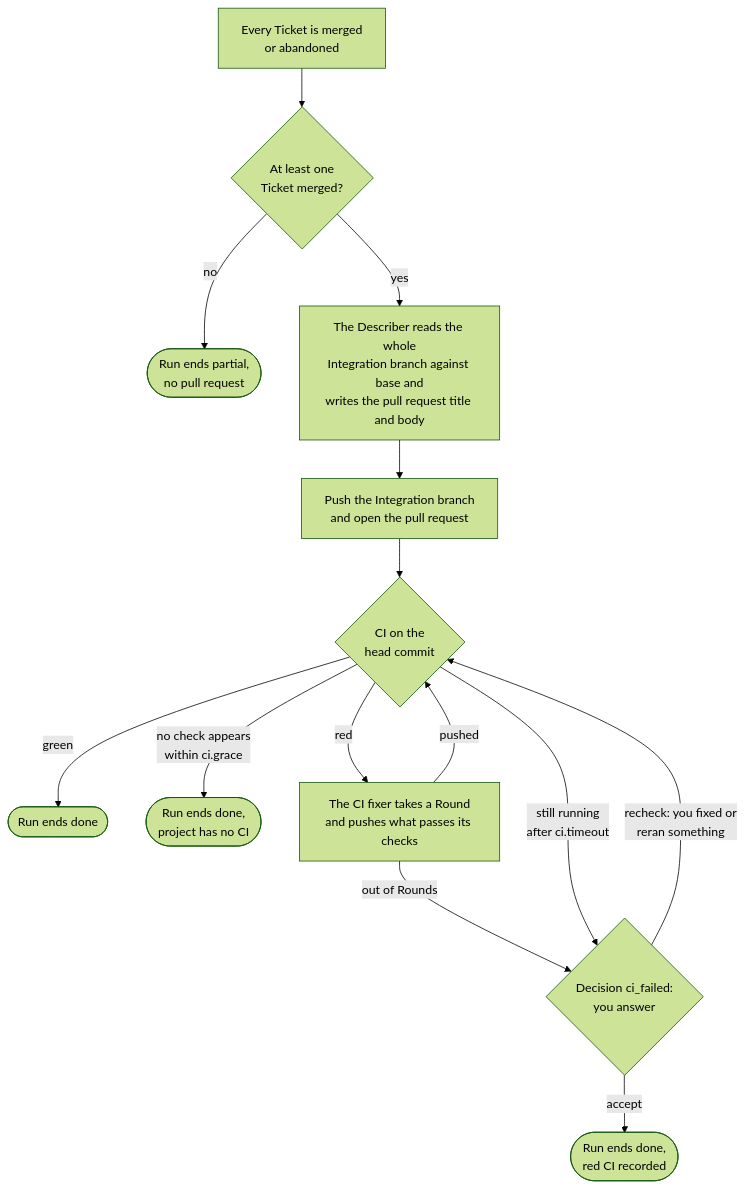
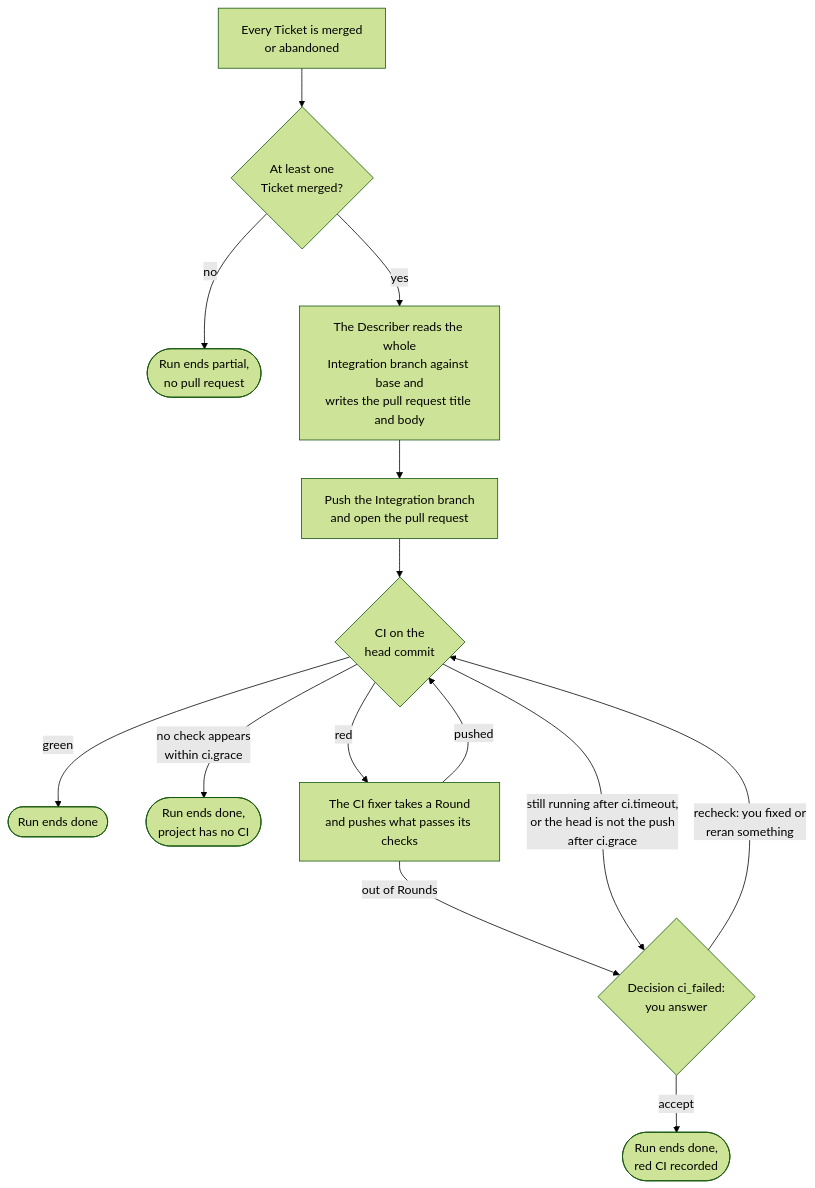
The eighth of 9 diagrams in docs/guide/03-how-a-run-works.md (Zepp333333/factory), drawn with Mermaid (forest theme) before and after one commit. The commit also changed 22 other files, not shown here.

````diff
--- a/docs/guide/03-how-a-run-works.md
+++ b/docs/guide/03-how-a-run-works.md
@@ -240,16 +240,16 @@
 ```mermaid
 flowchart TB
     allDone["Every Ticket is merged<br/>or abandoned"] --> any{"At least one<br/>Ticket merged?"}
     any -- "no" --> partialEmpty(["Run ends partial,<br/>no pull request"])
     any -- "yes" --> describer["The Describer reads the whole<br/>Integration branch against base and<br/>writes the pull request title and body"]
     describer --> open["Push the Integration branch<br/>and open the pull request"]
     open --> wait{"CI on the<br/>head commit"}
     wait -- "green" --> done(["Run ends done"])
     wait -- "no check appears<br/>within ci.grace" --> nocii(["Run ends done,<br/>project has no CI"])
     wait -- "red" --> fixer["The CI fixer takes a Round<br/>and pushes what passes its checks"]
     fixer -- "pushed" --> wait
     fixer -- "out of Rounds" --> ask
-    wait -- "still running<br/>after ci.timeout" --> ask{"Decision ci_failed:<br/>you answer"}
+    wait -- "still running after ci.timeout,<br/>or the head is not the push<br/>after ci.grace" --> ask{"Decision ci_failed:<br/>you answer"}
     ask -- "recheck: you fixed or<br/>reran something" --> wait
     ask -- "accept" --> doneRed(["Run ends done,<br/>red CI recorded"])
 ```
````
